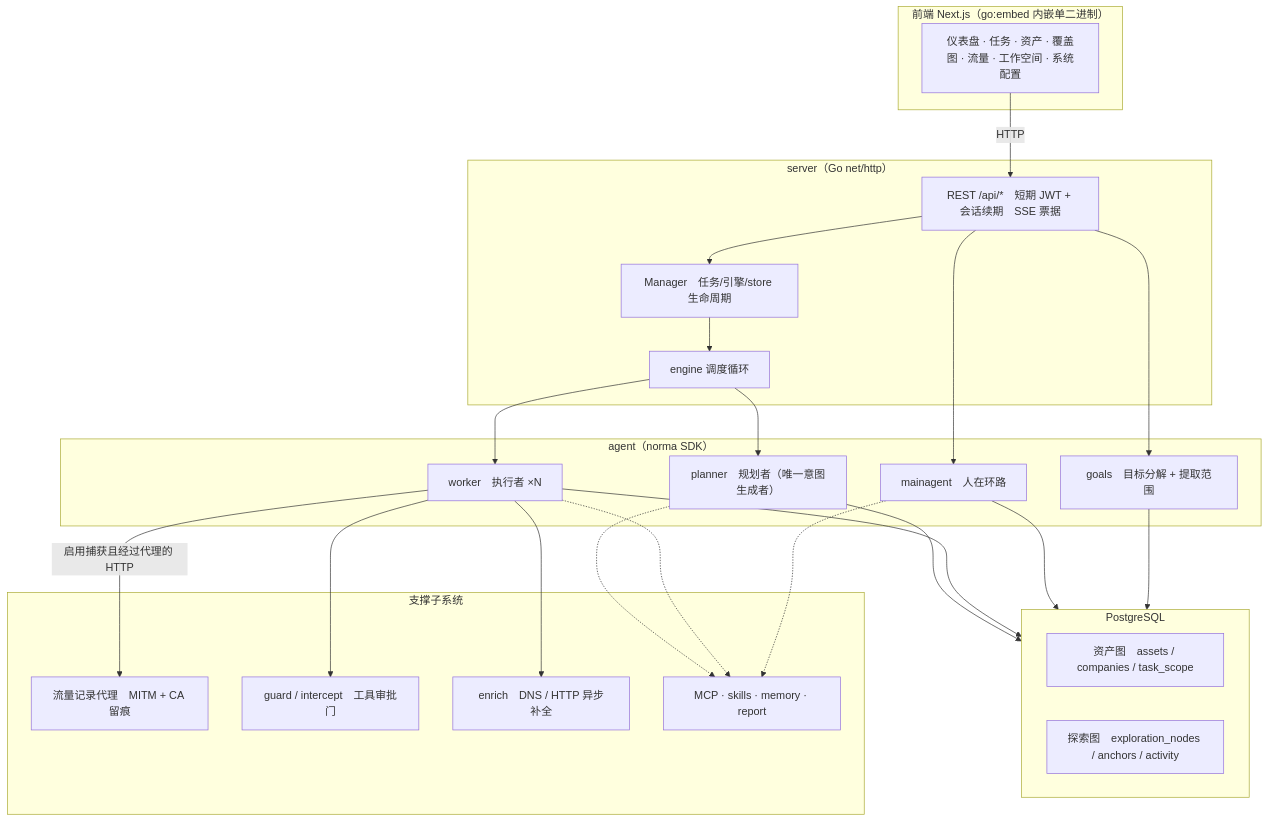
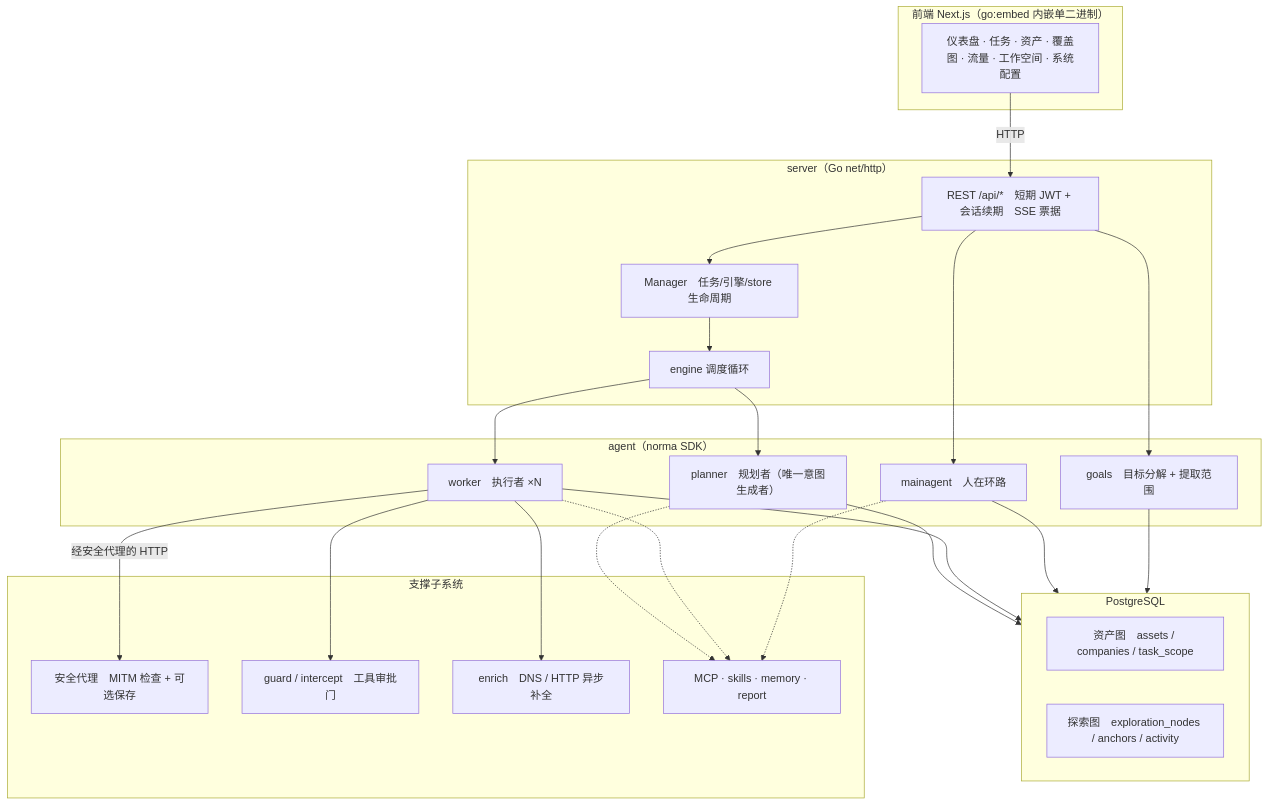
The first of 5 diagrams in README.md (jacketser/ARTEX-), drawn with Mermaid before and after one commit. The commit also changed other lines of this file and 26 other files, not shown here.

````diff
--- a/README.md
+++ b/README.md
@@ -323,44 +327,44 @@
 ```mermaid
 flowchart TB
   subgraph FE["前端 Next.js（go:embed 内嵌单二进制）"]
     UI["仪表盘 · 任务 · 资产 · 覆盖图 · 流量 · 工作空间 · 系统配置"]
   end
   subgraph SRV["server（Go net/http）"]
     API["REST /api/*　短期 JWT + 会话续期　SSE 票据"]
     ENG["engine 调度循环"]
     MGR["Manager　任务/引擎/store 生命周期"]
   end
   subgraph AG["agent（norma SDK）"]
     GO["goals　目标分解 + 提取范围"]
     PL["planner　规划者（唯一意图生成者）"]
     WK["worker　执行者 ×N"]
     MA["mainagent　人在环路"]
   end
   subgraph DB["PostgreSQL"]
     AGRAPH["资产图　assets / companies / task_scope"]
     EGRAPH["探索图　exploration_nodes / anchors / activity"]
   end
   subgraph SUB["支撑子系统"]
-    PROXY["流量记录代理　MITM + CA 留痕"]
+    PROXY["安全代理　MITM 检查 + 可选保存"]
     GUARD["guard / intercept　工具审批门"]
     ENR["enrich　DNS / HTTP 异步补全"]
     EXT["MCP · skills · memory · report"]
   end
 
   UI -->|HTTP| API
   API --> MGR --> ENG
   ENG --> PL
   ENG --> WK
   API --> MA
   API --> GO
   PL --> DB
   WK --> DB
   MA --> DB
   GO --> DB
-  WK -->|"启用捕获且经过代理的 HTTP"| PROXY
+  WK -->|"经安全代理的 HTTP"| PROXY
   WK --> GUARD
   WK --> ENR
   PL -.-> EXT
   WK -.-> EXT
   MA -.-> EXT
 ```
````
